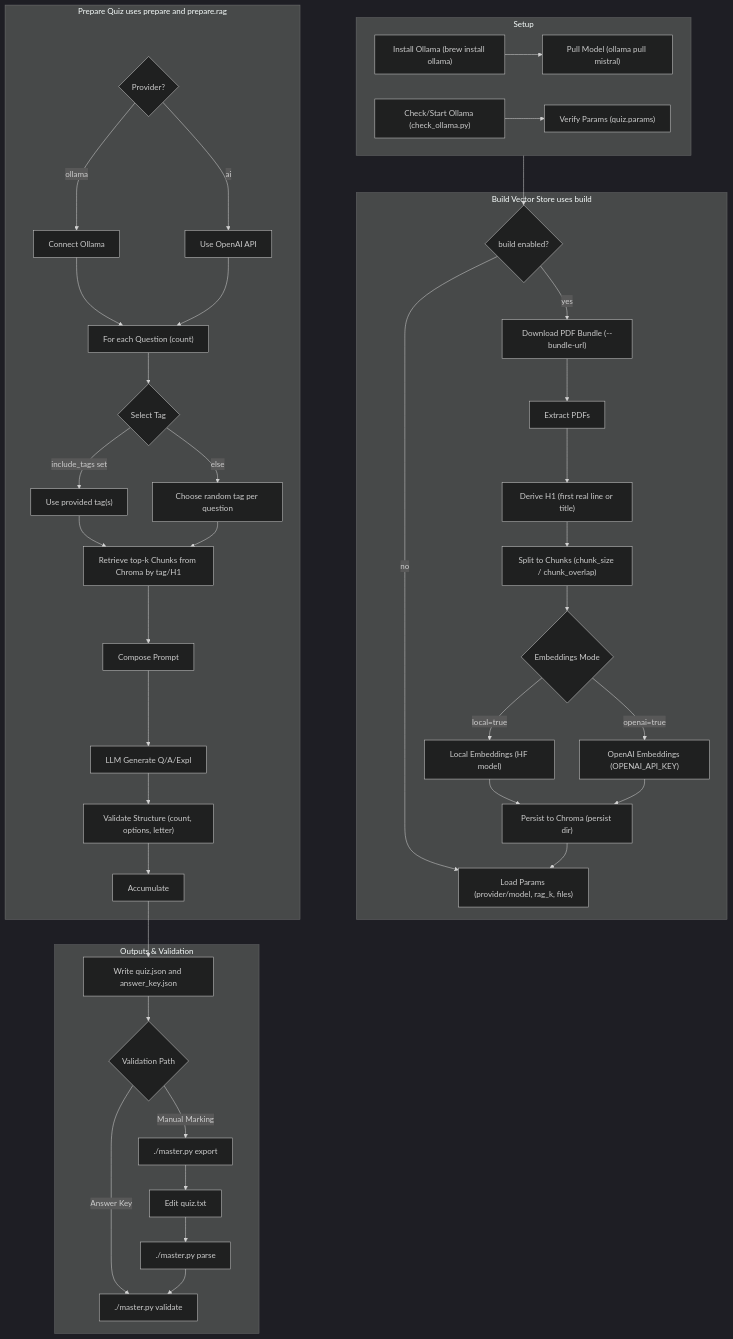
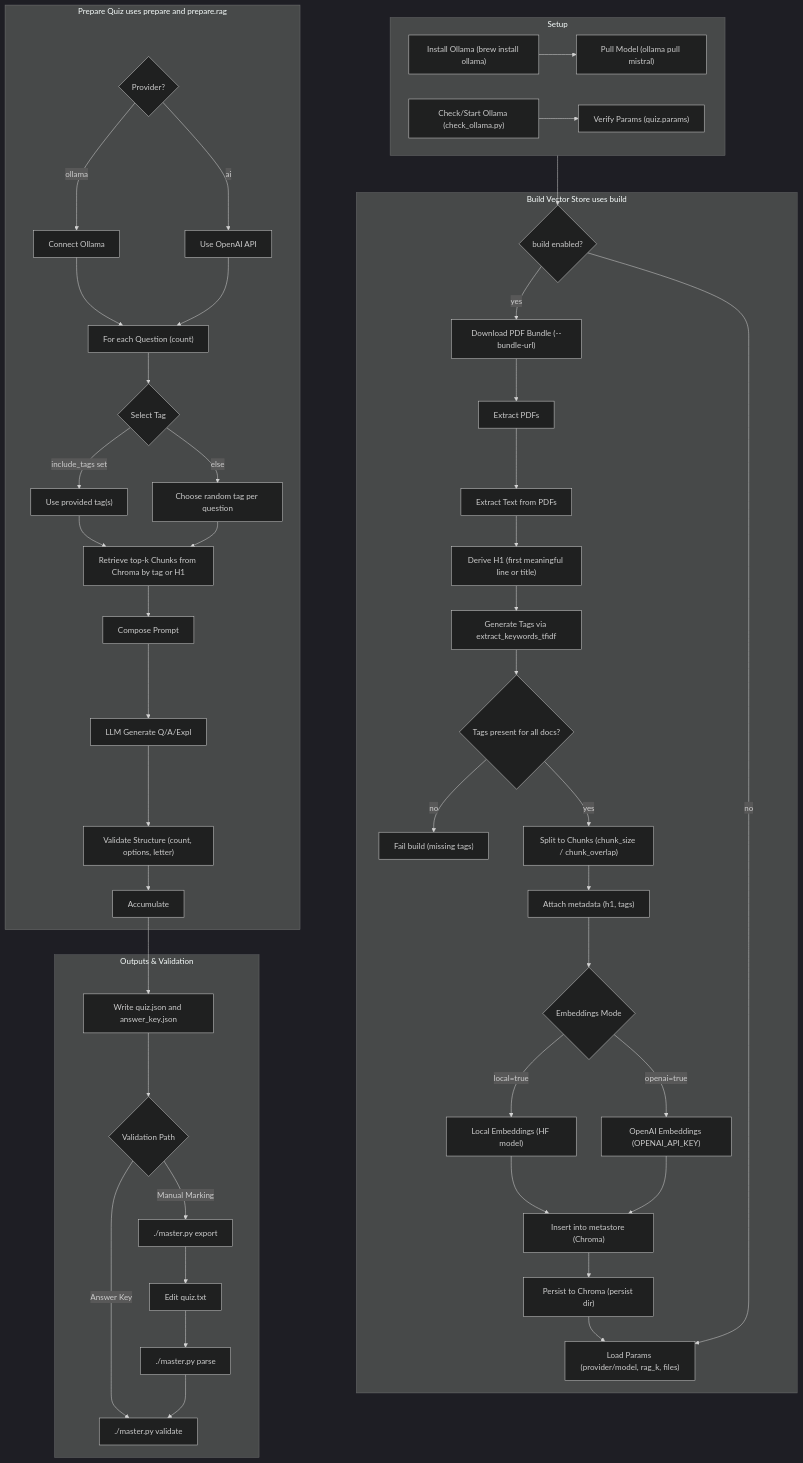
Before and after one commit to brandon-benge/RAG-Workflow: the diagram in QUIZ_GENERATION.md, drawn with Mermaid (dark theme). The commit also changed other lines of this file, not shown here.

Commit message:
updates on a few more docs

````diff
--- a/QUIZ_GENERATION.md
+++ b/QUIZ_GENERATION.md
@@ -7,55 +7,61 @@
 ```mermaid
 flowchart TD
   %% ====== SETUP ======
   subgraph setup["Setup"]
     s1["Install Ollama (brew install ollama)"] --> s2["Pull Model (ollama pull mistral)"]
     s3["Check/Start Ollama (check_ollama.py)"] --> s4["Verify Params (quiz.params)"]
   end
 
   %% ====== BUILD (VECTOR STORE) ======
   subgraph build["Build Vector Store uses build"]
     b0{"build enabled?"}
     b0 -->|yes| b1["Download PDF Bundle (--bundle-url)"]
     b0 -->|no| p0
     b1 --> b2["Extract PDFs"]
-    b2 --> b3["Derive H1 (first real line or title)"]
-    b3 --> b4["Split to Chunks (chunk_size / chunk_overlap)"]
-    b4 --> b5{"Embeddings Mode"}
+    b2 --> b2a["Extract Text from PDFs"]
+    b2a --> b3["Derive H1 (first meaningful line or title)"]
+    b3 --> b2b["Generate Tags via extract_keywords_tfidf"]
+    b2b --> b2c{"Tags present for all docs?"}
+    b2c -->|no| b2e["Fail build (missing tags)"]
+    b2c -->|yes| b4["Split to Chunks (chunk_size / chunk_overlap)"]
+    b4 --> b4a["Attach metadata (h1, tags)"]
+    b4a --> b5{"Embeddings Mode"}
     b5 -->|local=true| b6["Local Embeddings (HF model)"]
     b5 -->|openai=true| b7["OpenAI Embeddings (OPENAI_API_KEY)"]
-    b6 --> b8["Persist to Chroma (persist dir)"]
-    b7 --> b8
+    b6 --> b7a["Insert into metastore (Chroma)"]
+    b7 --> b7a
+    b7a --> b8["Persist to Chroma (persist dir)"]
   end
 
   %% ====== PREPARE (QUIZ GENERATION) ======
   subgraph prepare["Prepare Quiz uses prepare and prepare.rag"]
     p0["Load Params (provider/model, rag_k, files)"]
     p1{"Provider?"}
     p1 -->|ollama| p2["Connect Ollama"]
     p1 -->|ai| p3["Use OpenAI API"]
     p2 --> p4
     p3 --> p4
     p4["For each Question (count)"] --> p5{"Select Tag"}
     p5 -->|include_tags set| p6["Use provided tag(s)"]
     p5 -->|else| p7["Choose random tag per question"]
     p6 --> p8
     p7 --> p8
-    p8["Retrieve top-k Chunks from Chroma by tag/H1"] --> p9["Compose Prompt"]
+    p8["Retrieve top-k Chunks from Chroma by tag or H1"] --> p9["Compose Prompt"]
     p9 --> p10["LLM Generate Q/A/Expl"]
     p10 --> p11["Validate Structure (count, options, letter)"]
     p11 --> p12["Accumulate"]
   end
 
   %% ====== OUTPUTS & VALIDATION ======
   subgraph outputs["Outputs & Validation"]
     o1["Write quiz.json and answer_key.json"]
     o2{"Validation Path"}
     o2 -->|Answer Key| o3["./master.py validate"]
     o2 -->|Manual Marking| o4["./master.py export"] --> o5["Edit quiz.txt"] --> o6["./master.py parse"] --> o3
   end
 
   %% ====== WIRES ======
   setup --> b0
   b8 --> p0
   p12 --> o1 --> o2
 ```
````
